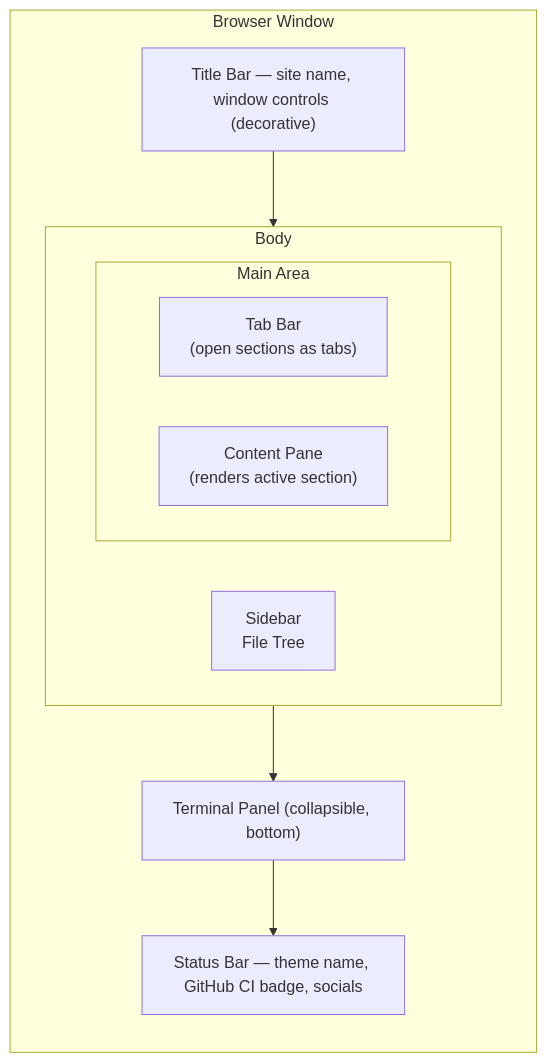
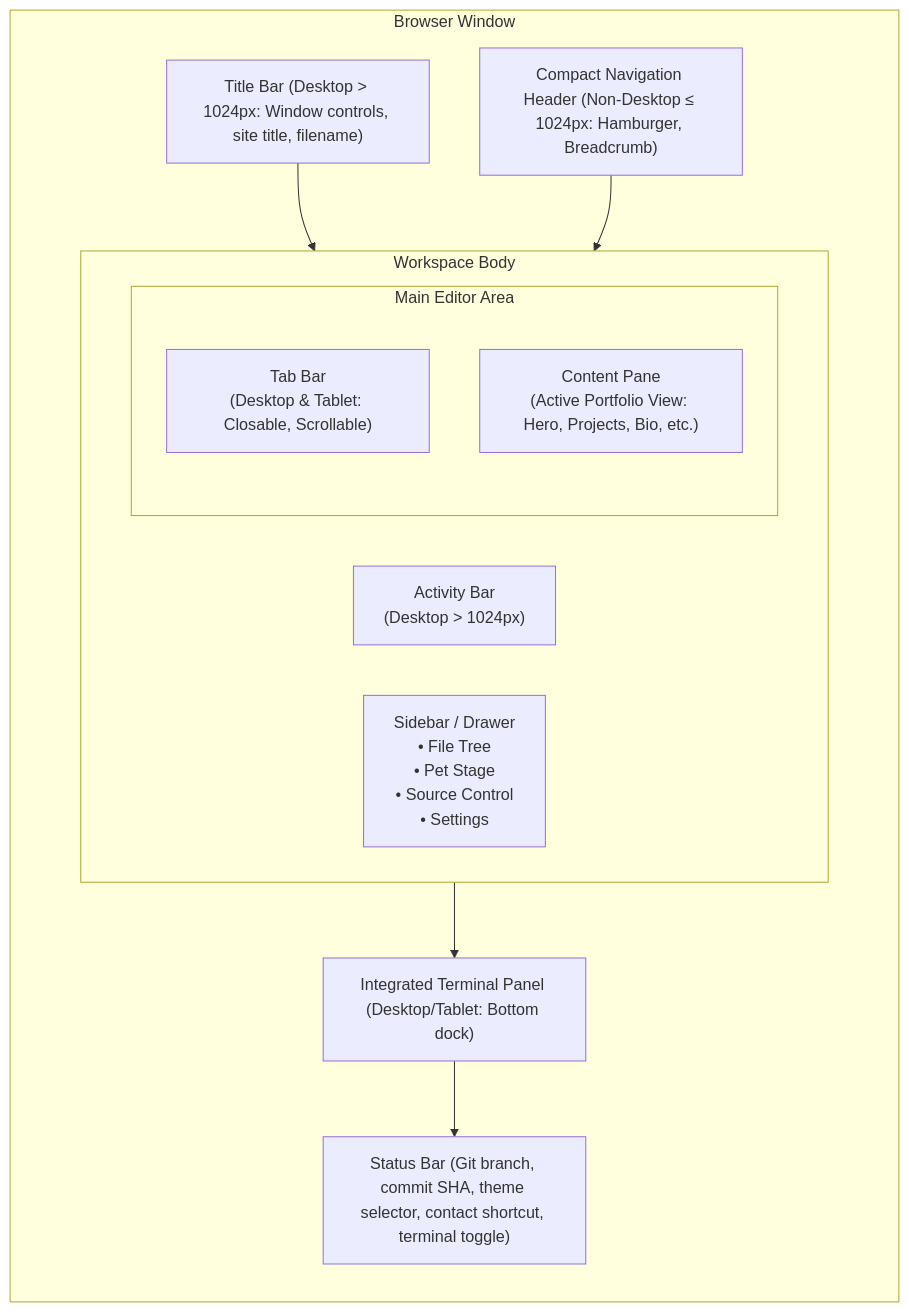
Before and after one commit to Ibrahim-2005/portfolio: the first of 2 diagrams in docs/planning/UIUX-spec.md, drawn with Mermaid. The commit also changed other lines of this file and 7 other files, not shown here.

Commit message:
docs: finalize planning and architecture

````diff
--- a/docs/planning/UIUX-spec.md
+++ b/docs/planning/UIUX-spec.md
@@ -8,18 +32,28 @@
 ```mermaid
-flowchart LR
-    subgraph Window["Browser Window"]
+flowchart TB
+    subgraph Browser["Browser Window"]
         direction TB
-        TitleBar["Title Bar — site name, window controls (decorative)"]
-        subgraph Body["Body"]
+        TitleBar["Title Bar (Desktop > 1024px: Window controls, site title, filename)"]
+        TopNav["Compact Navigation Header (Non-Desktop ≤ 1024px: Hamburger, Breadcrumb)"]
+
+        subgraph Workspace["Workspace Body"]
             direction LR
-            Sidebar["Sidebar\nFile Tree"]
-            subgraph Main["Main Area"]
-                Tabs["Tab Bar\n(open sections as tabs)"]
-                Content["Content Pane\n(renders active section)"]
+            ActivityBar["Activity Bar\n(Desktop > 1024px)"]
+            Sidebar["Sidebar / Drawer\n• File Tree\n• Pet Stage\n• Source Control\n• Settings"]
+
+            subgraph EditorArea["Main Editor Area"]
+                direction TB
+                Tabs["Tab Bar\n(Desktop & Tablet: Closable, Scrollable)"]
+                ContentPane["Content Pane\n(Active Portfolio View: Hero, Projects, Bio, etc.)"]
             end
         end
-        Terminal["Terminal Panel (collapsible, bottom)"]
-        StatusBar["Status Bar — theme name, GitHub CI badge, socials"]
+
+        TerminalPanel["Integrated Terminal Panel (Desktop/Tablet: Bottom dock)"]
+        StatusBar["Status Bar (Git branch, commit SHA, theme selector, contact shortcut, terminal toggle)"]
     end
-    TitleBar --> Body --> Terminal --> StatusBar
+
+    TitleBar --> Workspace
+    TopNav --> Workspace
+    Workspace --> TerminalPanel
+    TerminalPanel --> StatusBar
 ```
````
